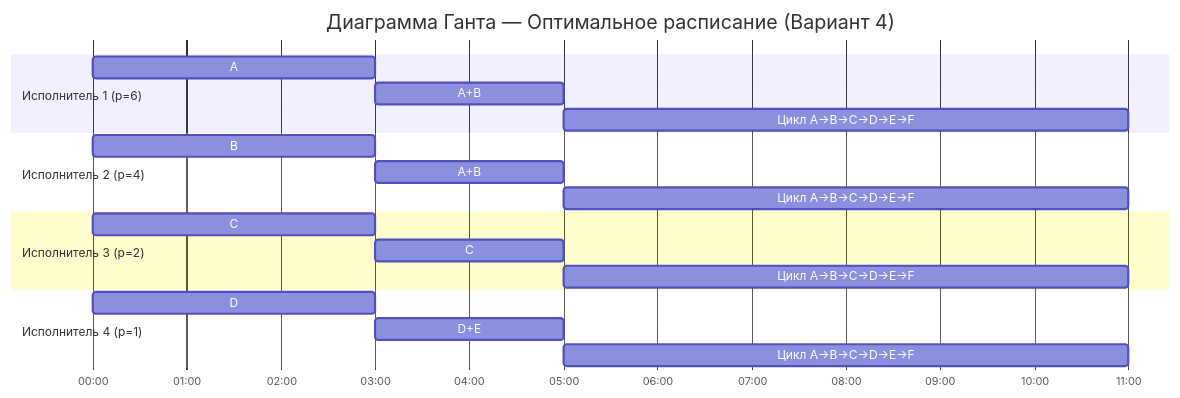
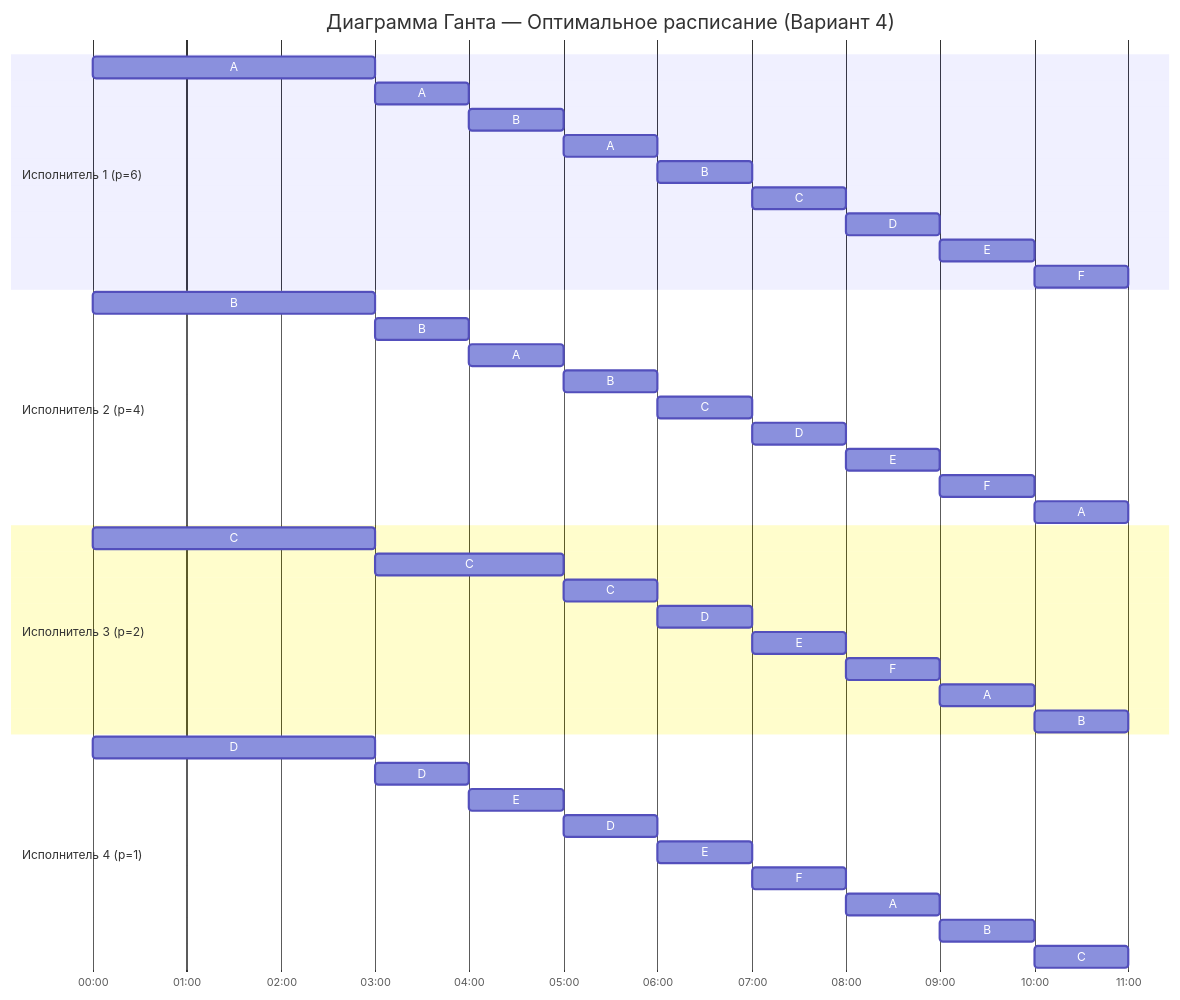
The diagram in Задание 12/DisplayPort-task-12.md (hse-algo-psapr-25/manual-tasks), drawn with Mermaid before and after one commit. The commit also changed other lines of this file, not shown here.

````diff
--- a/Задание 12/DisplayPort-task-12.md
+++ b/Задание 12/DisplayPort-task-12.md
@@ -97,26 +97,49 @@
 ```mermaid
 gantt
     title Диаграмма Ганта — Оптимальное расписание (Вариант 4)
     dateFormat  HH:mm
     axisFormat %H:%M
 
     section Исполнитель 1 (p=6)
-    A                :00:00, 3h
-    A+B              :03:00, 2h
-    Цикл A→B→C→D→E→F :05:00, 6h
+    A :00:00, 3h
+    A :03:00, 1h
+    B :04:00, 1h
+    A :05:00, 1h
+    B :06:00, 1h
+    C :07:00, 1h
+    D :08:00, 1h
+    E :09:00, 1h
+    F :10:00, 1h
 
     section Исполнитель 2 (p=4)
-    B                :00:00, 3h
-    A+B              :03:00, 2h
-    Цикл A→B→C→D→E→F :05:00, 6h
+    B :00:00, 3h
+    B :03:00, 1h
+    A :04:00, 1h
+    B :05:00, 1h
+    C :06:00, 1h
+    D :07:00, 1h
+    E :08:00, 1h
+    F :09:00, 1h
+    A :10:00, 1h
 
     section Исполнитель 3 (p=2)
-    C                :00:00, 3h
-    C                :03:00, 2h
-    Цикл A→B→C→D→E→F :05:00, 6h
+    C :00:00, 3h
+    C :03:00, 2h
+    C :05:00, 1h
+    D :06:00, 1h
+    E :07:00, 1h
+    F :08:00, 1h
+    A :09:00, 1h
+    B :10:00, 1h
 
     section Исполнитель 4 (p=1)
-    D                :00:00, 3h
-    D+E              :03:00, 2h
-    Цикл A→B→C→D→E→F :05:00, 6h
+    D :00:00, 3h
+    D :03:00, 1h
+    E :04:00, 1h
+    D :05:00, 1h
+    E :06:00, 1h
+    F :07:00, 1h
+    A :08:00, 1h
+    B :09:00, 1h
+    C :10:00, 1h
 ```
````
